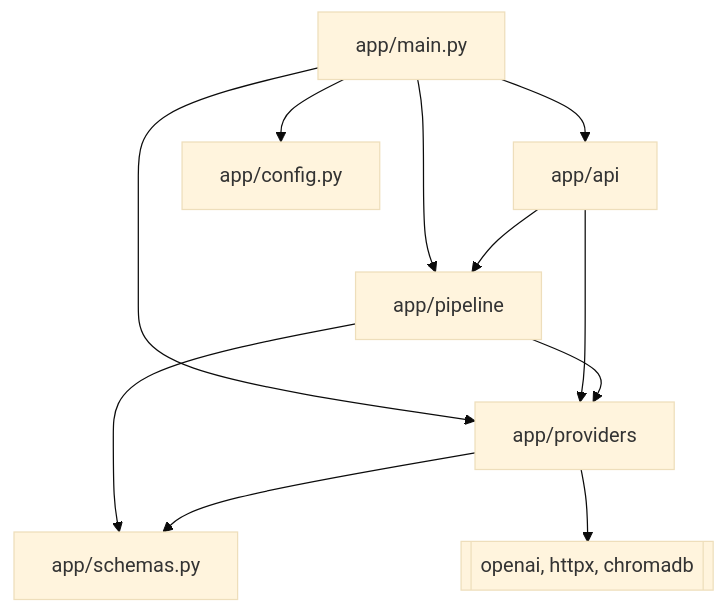
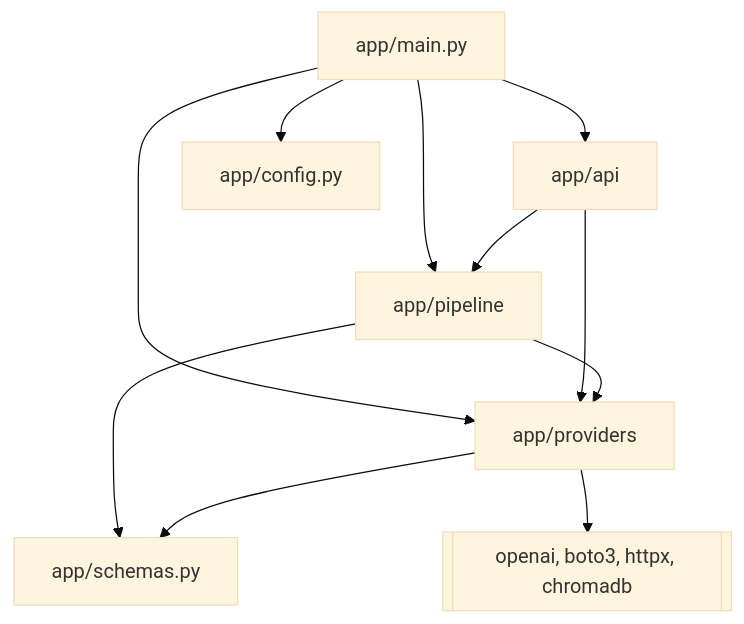
Before and after one commit to monitus2022/owl-online: the second of 3 diagrams in docs/architecture.md, drawn with Mermaid (base theme). The commit also changed other lines of this file and 1 other file, not shown here.

First line of the commit message:
docs: refresh README and architecture for rerank in V1 (#6)

````diff
--- a/docs/architecture.md
+++ b/docs/architecture.md
@@ -111,13 +111,13 @@
 ```mermaid
 flowchart TD
   main[app/main.py] --> api[app/api]
   main --> pipeline[app/pipeline]
   main --> providers[app/providers]
   main --> config[app/config.py]
   api --> pipeline
   api --> providers
   pipeline --> providers
   pipeline --> schemas[app/schemas.py]
   providers --> schemas
-  providers --> sdk[[openai, httpx, chromadb]]
+  providers --> sdk[[openai, boto3, httpx, chromadb]]
 ```
````
